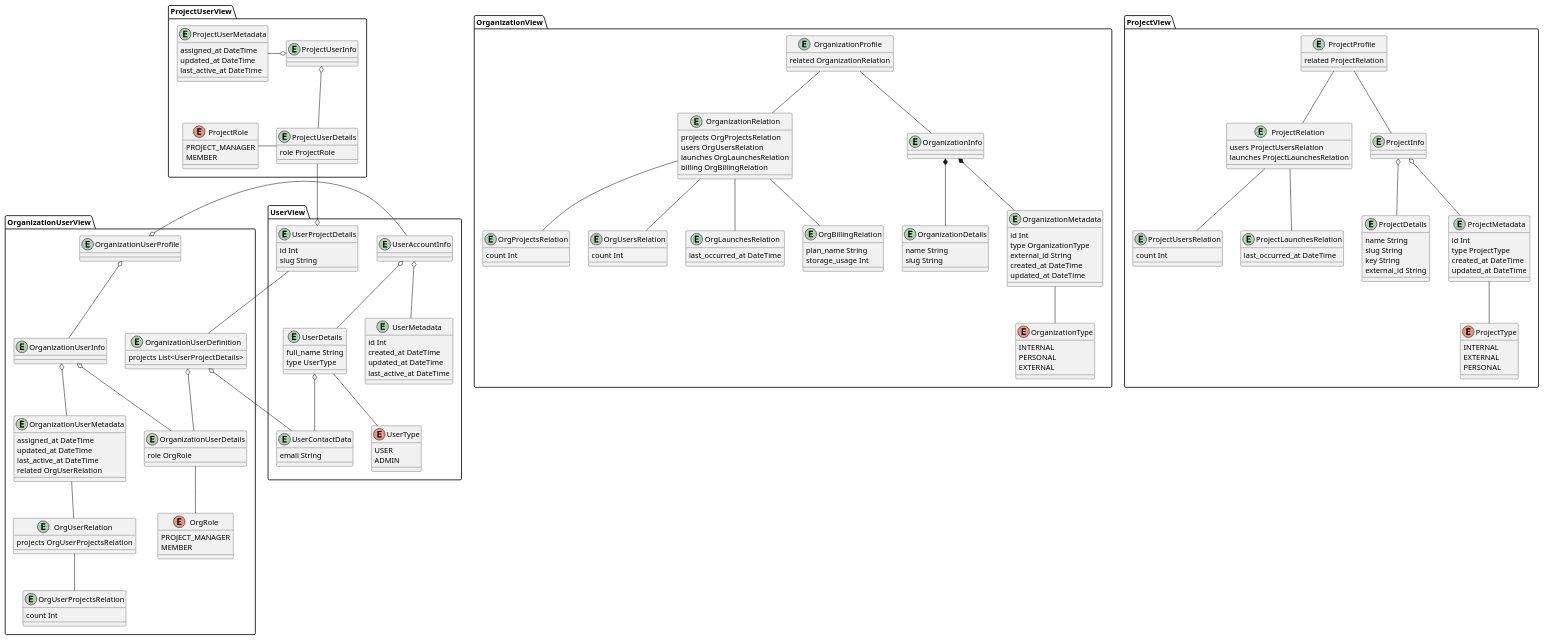
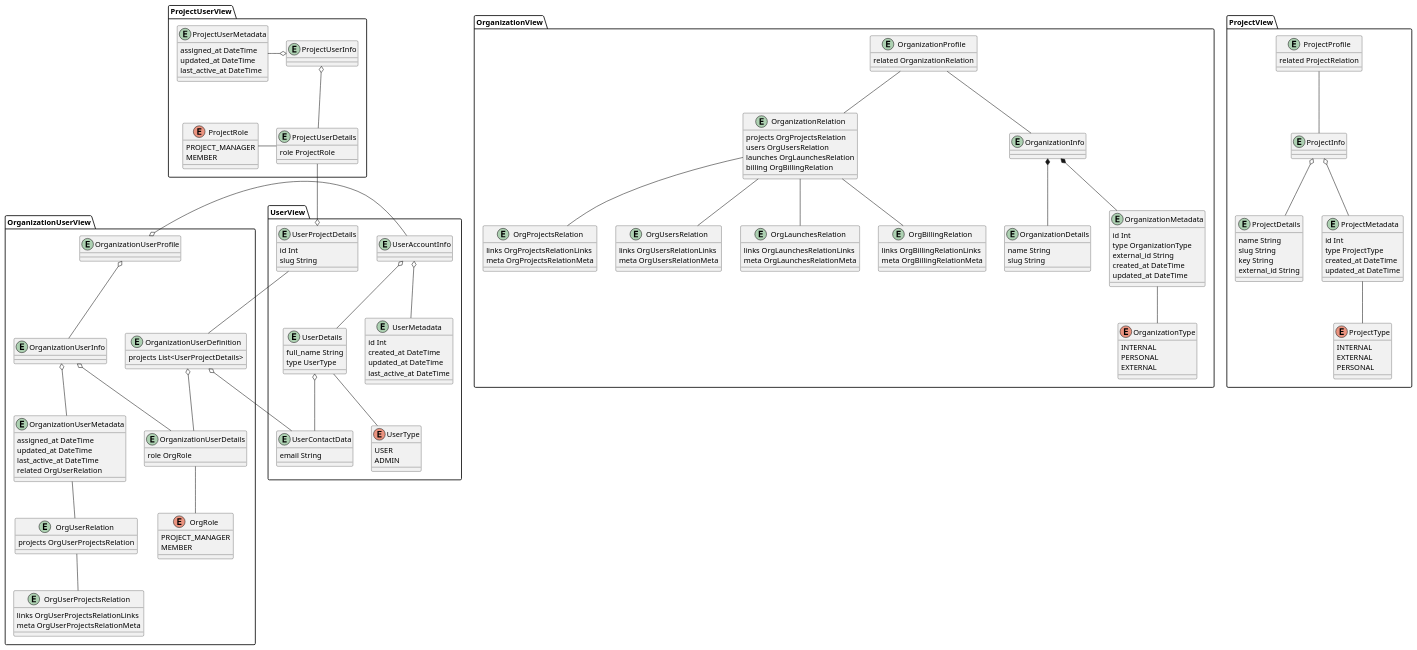
One commit to reportportal/api-registry changed the diagram in docs/organizations/orgnizations.puml. Above: the diagram before and after it, drawn with PlantUML.

Commit message:
Refactor entity relations in orgnizations.puml

```diff
--- a/docs/organizations/orgnizations.puml
+++ b/docs/organizations/orgnizations.puml
@@ -38,23 +38,26 @@
   OrganizationRelation -up- OrganizationProfile
 
   entity OrgProjectsRelation {
-    count Int
+    links OrgProjectsRelationLinks
+    meta OrgProjectsRelationMeta
   }
   OrgProjectsRelation -up- OrganizationRelation
 
   entity OrgUsersRelation {
-    count Int
+    links OrgUsersRelationLinks
+    meta OrgUsersRelationMeta
   }
   OrgUsersRelation -up- OrganizationRelation
 
   entity OrgLaunchesRelation {
-    last_occurred_at DateTime
+    links OrgLaunchesRelationLinks
+    meta OrgLaunchesRelationMeta
   }
   OrgLaunchesRelation -up- OrganizationRelation
 
   entity OrgBillingRelation {
-    plan_name String
-    storage_usage Int
+    links OrgBillingRelationLinks
+    meta OrgBillingRelationMeta
   }
   OrgBillingRelation -up- OrganizationRelation
 
@@ -97,7 +100,8 @@
   OrgUserRelation -up- OrganizationUserMetadata
   
   entity OrgUserProjectsRelation {
-    count Int
+    links OrgUserProjectsRelationLinks
+    meta OrgUserProjectsRelationMeta
   }
   OrgUserProjectsRelation -up- OrgUserRelation
 
@@ -174,22 +178,6 @@
     PERSONAL
   }
   ProjectMetadata -- ProjectType
-
-  entity ProjectRelation {
-    users ProjectUsersRelation
-    launches ProjectLaunchesRelation
-  }
-  ProjectRelation -up- ProjectProfile
-
-  entity ProjectUsersRelation {
-    count Int
-  }
-  ProjectUsersRelation -up- ProjectRelation
-
-  entity ProjectLaunchesRelation {
-    last_occurred_at DateTime
-  }
-  ProjectLaunchesRelation -up- ProjectRelation
 }
 
 package ProjectUserView {
```
